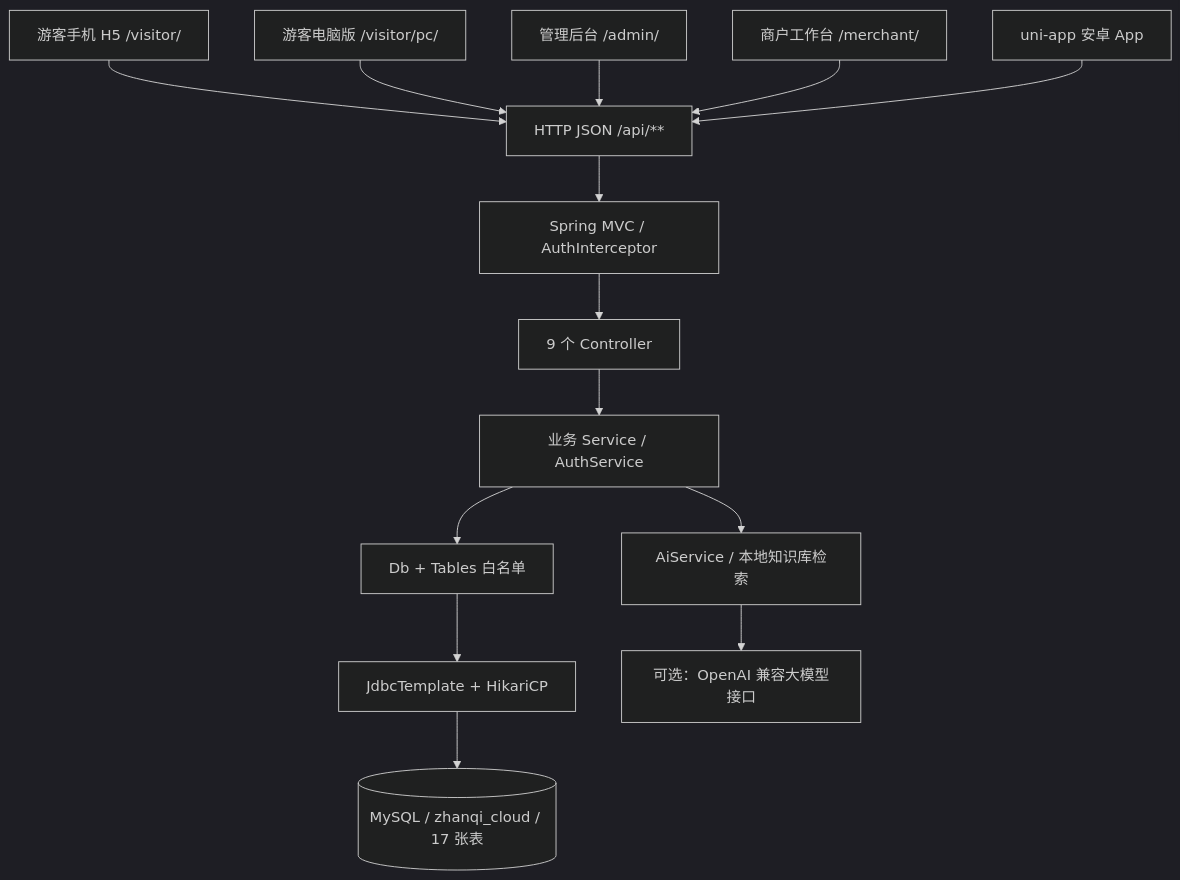
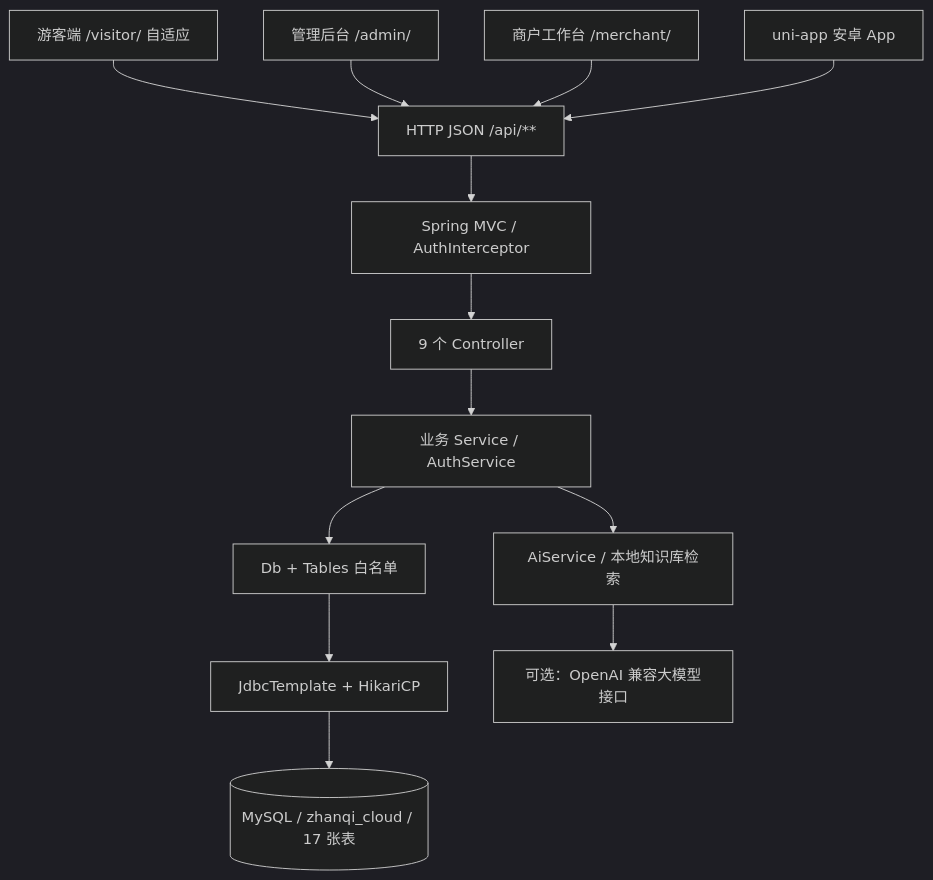
One commit to TheSixPasserby/zhanqi-ai-platform changed the first of 2 diagrams in README.md. Above: the diagram before and after it, drawn with Mermaid (dark theme). The commit also changed other lines of this file and 69 other files, not shown here.

First line of the commit message:
游客端改造：虚拟地图、AI 助手与行程规划拆分、四主题、统一自适应界面（第30~34轮） (#21)

````diff
--- a/README.md
+++ b/README.md
@@ -126,16 +125,15 @@
 ```mermaid
 flowchart TD
-    H5[游客手机 H5 /visitor/] --> HTTP[HTTP JSON /api/**]
-    PC[游客电脑版 /visitor/pc/] --> HTTP
+    H5[游客端 /visitor/ 自适应] --> HTTP[HTTP JSON /api/**]
     ADMIN[管理后台 /admin/] --> HTTP
     MERCHANT[商户工作台 /merchant/] --> HTTP
     APP[uni-app 安卓 App] --> HTTP
     HTTP --> MVC[Spring MVC / AuthInterceptor]
     MVC --> C[9 个 Controller]
     C --> S[业务 Service / AuthService]
     S --> DB[Db + Tables 白名单]
     DB --> JDBC[JdbcTemplate + HikariCP]
     JDBC --> MYSQL[(MySQL / zhanqi_cloud / 17 张表)]
     S --> AI[AiService / 本地知识库检索]
     AI --> LLM[可选：OpenAI 兼容大模型接口]
 ```
````
